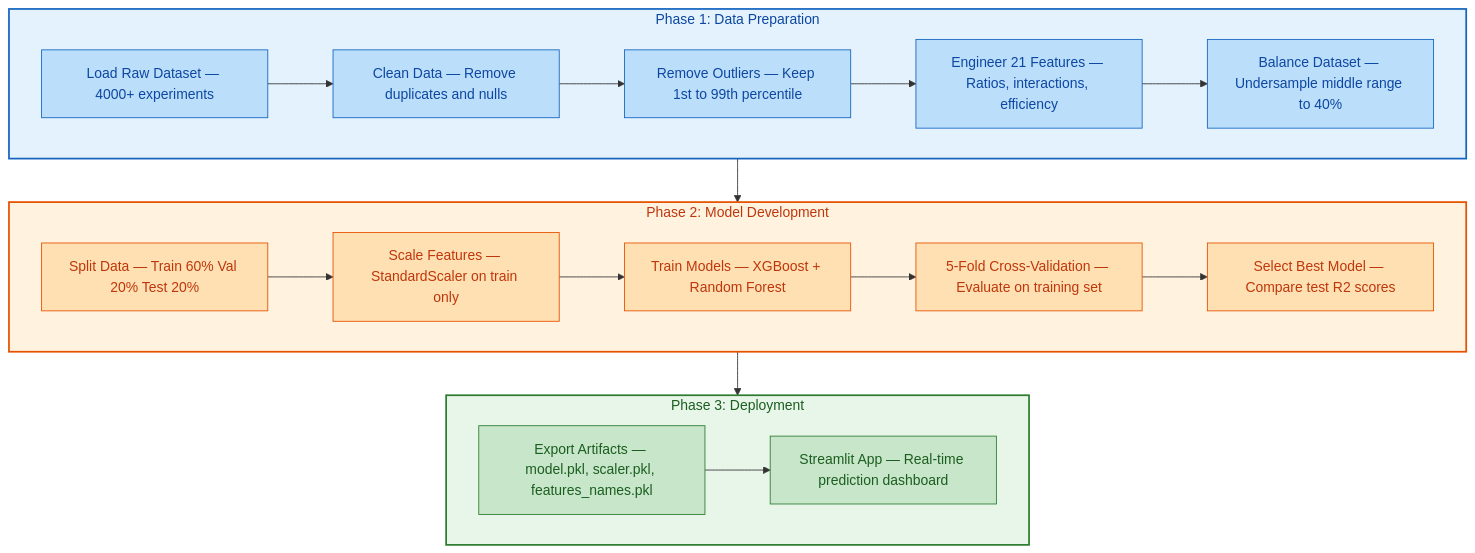
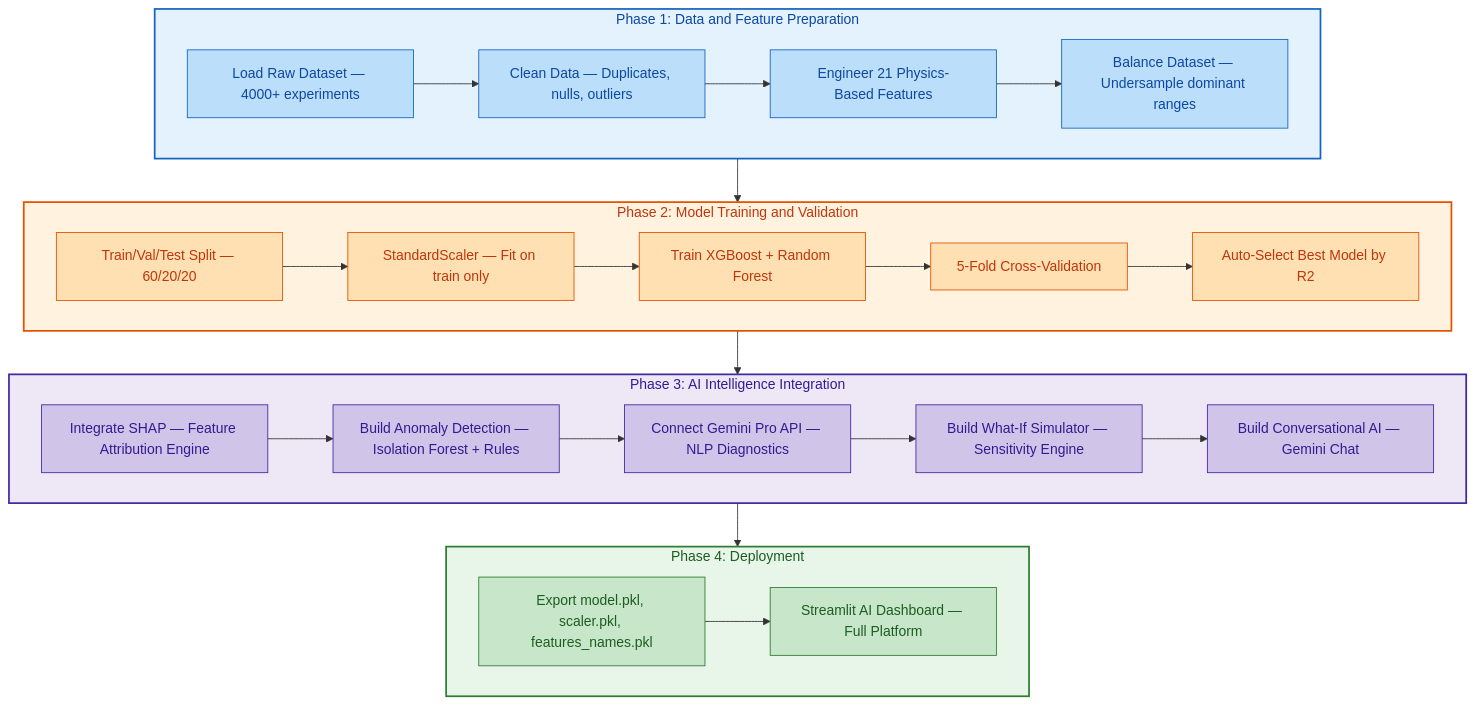
One commit to KrishnaNsingh/Distillation-Column-Prediction changed the second of 3 diagrams in README.md. Above: the diagram before and after it, drawn with Mermaid. The commit also changed other lines of this file, not shown here.

Commit message:
refactor: overhaul README with updated project branding, expanded AI capabilities documentation, and restructured feature tables

````diff
--- a/README.md
+++ b/README.md
@@ -172,39 +190,51 @@
 ```mermaid
 flowchart TD
-    subgraph PHASE1["Phase 1: Data Preparation"]
-        A["Load Raw Dataset — 4000+ experiments"] --> B["Clean Data — Remove duplicates and nulls"]
-        B --> C["Remove Outliers — Keep 1st to 99th percentile"]
-        C --> D["Engineer 21 Features — Ratios, interactions, efficiency"]
-        D --> E["Balance Dataset — Undersample middle range to 40%"]
+    subgraph PHASE1["Phase 1: Data and Feature Preparation"]
+        A["Load Raw Dataset — 4000+ experiments"] --> B["Clean Data — Duplicates, nulls, outliers"]
+        B --> C["Engineer 21 Physics-Based Features"]
+        C --> D["Balance Dataset — Undersample dominant ranges"]
     end
 
-    subgraph PHASE2["Phase 2: Model Development"]
-        F["Split Data — Train 60% Val 20% Test 20%"] --> G["Scale Features — StandardScaler on train only"]
-        G --> H["Train Models — XGBoost + Random Forest"]
-        H --> I["5-Fold Cross-Validation — Evaluate on training set"]
-        I --> J["Select Best Model — Compare test R2 scores"]
+    subgraph PHASE2["Phase 2: Model Training and Validation"]
+        E["Train/Val/Test Split — 60/20/20"] --> F["StandardScaler — Fit on train only"]
+        F --> G["Train XGBoost + Random Forest"]
+        G --> H["5-Fold Cross-Validation"]
+        H --> I["Auto-Select Best Model by R2"]
     end
 
-    subgraph PHASE3["Phase 3: Deployment"]
-        K["Export Artifacts — model.pkl, scaler.pkl, features_names.pkl"] --> L["Streamlit App — Real-time prediction dashboard"]
+    subgraph PHASE3["Phase 3: AI Intelligence Integration"]
+        J["Integrate SHAP — Feature Attribution Engine"] --> K["Build Anomaly Detection — Isolation Forest + Rules"]
+        K --> L["Connect Gemini Pro API — NLP Diagnostics"]
+        L --> M["Build What-If Simulator — Sensitivity Engine"]
+        M --> N["Build Conversational AI — Gemini Chat"]
+    end
+
+    subgraph PHASE4["Phase 4: Deployment"]
+        O["Export model.pkl, scaler.pkl, features_names.pkl"] --> P["Streamlit AI Dashboard — Full Platform"]
     end
 
     PHASE1 --> PHASE2
     PHASE2 --> PHASE3
+    PHASE3 --> PHASE4
 
     style PHASE1 fill:#E3F2FD,stroke:#1565C0,stroke-width:2px,color:#0D47A1
     style PHASE2 fill:#FFF3E0,stroke:#E65100,stroke-width:2px,color:#BF360C
-    style PHASE3 fill:#E8F5E9,stroke:#2E7D32,stroke-width:2px,color:#1B5E20
+    style PHASE3 fill:#EDE7F6,stroke:#4527A0,stroke-width:2px,color:#311B92
+    style PHASE4 fill:#E8F5E9,stroke:#2E7D32,stroke-width:2px,color:#1B5E20
     style A fill:#BBDEFB,stroke:#1565C0,color:#0D47A1
     style B fill:#BBDEFB,stroke:#1565C0,color:#0D47A1
     style C fill:#BBDEFB,stroke:#1565C0,color:#0D47A1
     style D fill:#BBDEFB,stroke:#1565C0,color:#0D47A1
-    style E fill:#BBDEFB,stroke:#1565C0,color:#0D47A1
+    style E fill:#FFE0B2,stroke:#E65100,color:#BF360C
     style F fill:#FFE0B2,stroke:#E65100,color:#BF360C
     style G fill:#FFE0B2,stroke:#E65100,color:#BF360C
     style H fill:#FFE0B2,stroke:#E65100,color:#BF360C
     style I fill:#FFE0B2,stroke:#E65100,color:#BF360C
-    style J fill:#FFE0B2,stroke:#E65100,color:#BF360C
-    style K fill:#C8E6C9,stroke:#2E7D32,color:#1B5E20
-    style L fill:#C8E6C9,stroke:#2E7D32,color:#1B5E20
+    style J fill:#D1C4E9,stroke:#4527A0,color:#311B92
+    style K fill:#D1C4E9,stroke:#4527A0,color:#311B92
+    style L fill:#D1C4E9,stroke:#4527A0,color:#311B92
+    style M fill:#D1C4E9,stroke:#4527A0,color:#311B92
+    style N fill:#D1C4E9,stroke:#4527A0,color:#311B92
+    style O fill:#C8E6C9,stroke:#2E7D32,color:#1B5E20
+    style P fill:#C8E6C9,stroke:#2E7D32,color:#1B5E20
 ```
````
